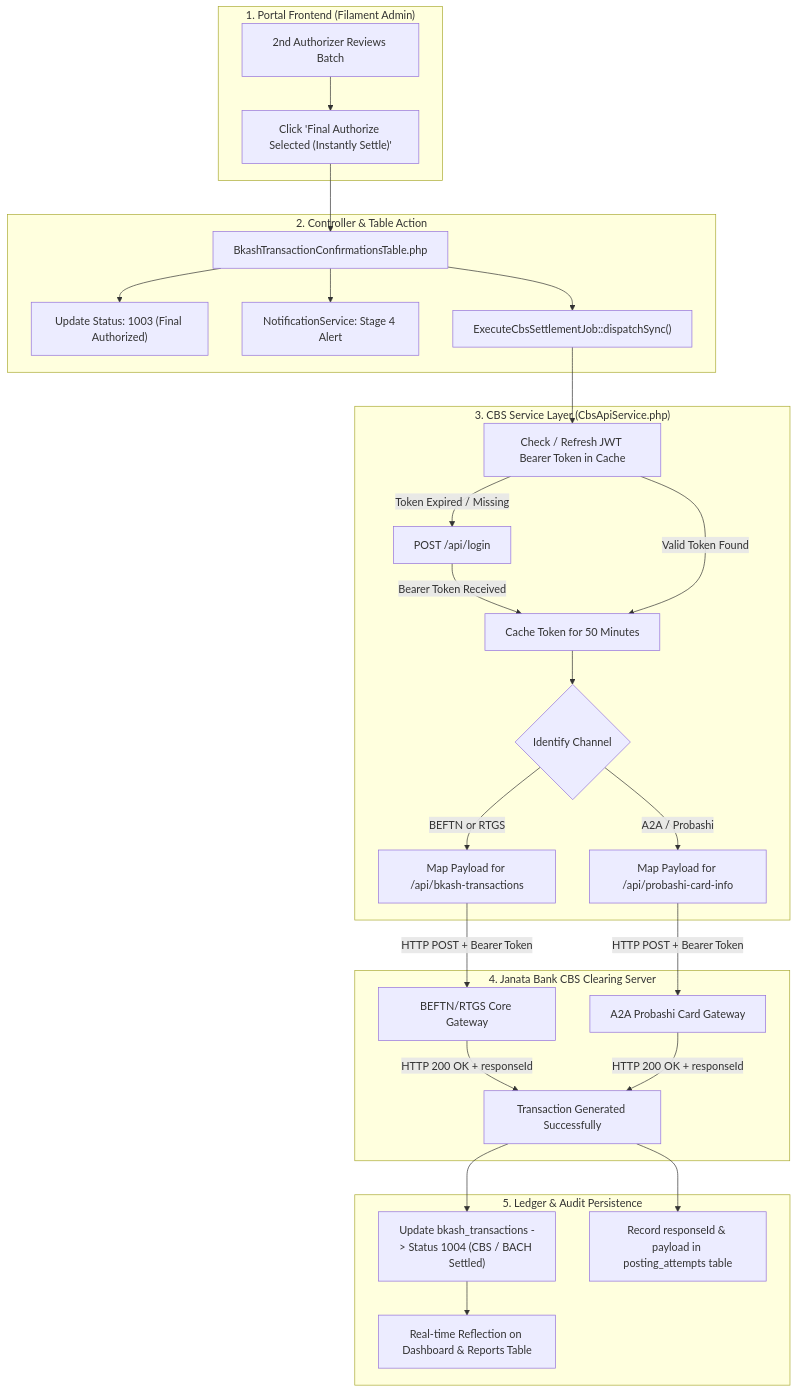
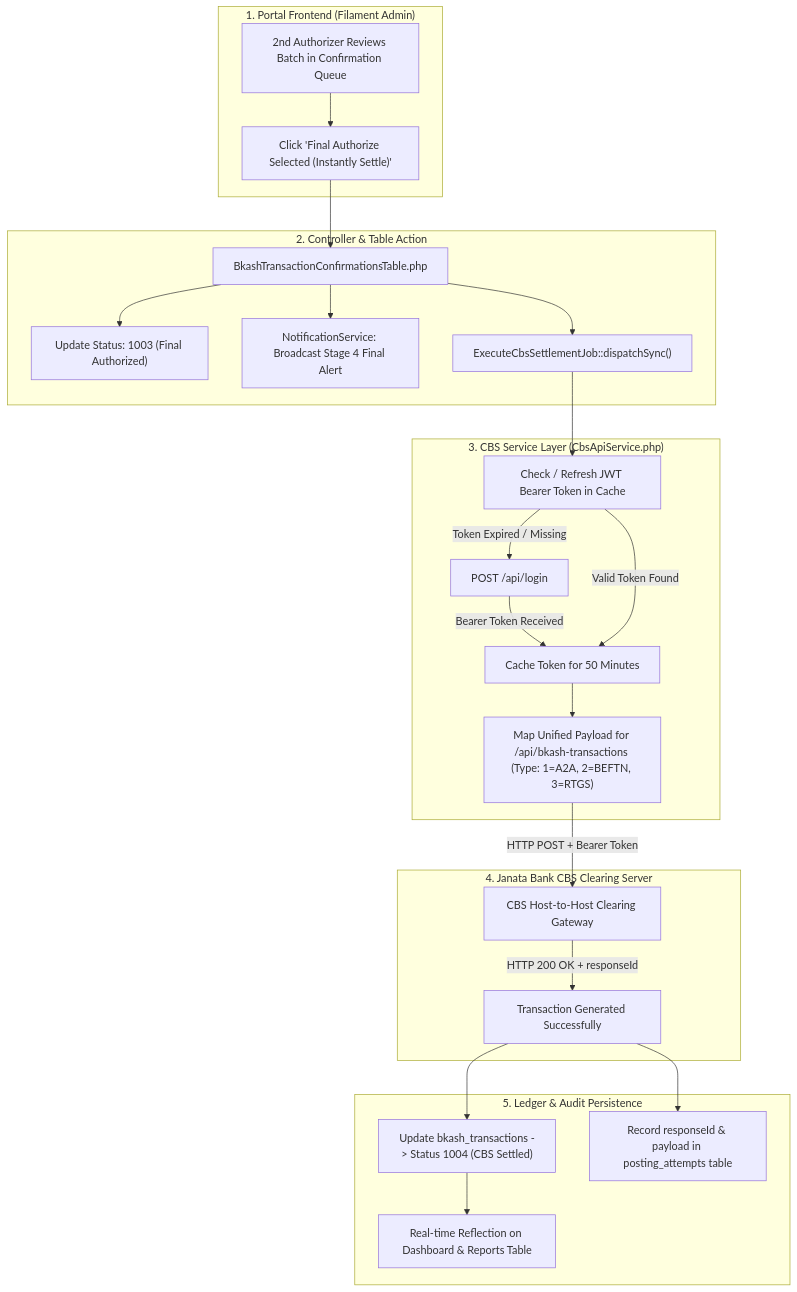
One commit to syedarifulislamemon2010/jb-corporate---bkash changed the diagram in README.md. Above: the diagram before and after it, drawn with Mermaid. The commit also changed other lines of this file and 2 other files, not shown here.

Commit message:
Synchronize README with current system architecture

````diff
--- a/README.md
+++ b/README.md
@@ -31,35 +33,32 @@
 ```mermaid
 flowchart TD
     subgraph UI ["1. Portal Frontend (Filament Admin)"]
-        A["2nd Authorizer Reviews Batch"] --> B["Click 'Final Authorize Selected (Instantly Settle)'"]
+        A["2nd Authorizer Reviews Batch in Confirmation Queue"] --> B["Click 'Final Authorize Selected (Instantly Settle)'"]
     end
 
     subgraph Controller ["2. Controller & Table Action"]
         B --> C["BkashTransactionConfirmationsTable.php"]
         C --> D["Update Status: 1003 (Final Authorized)"]
-        C --> E["NotificationService: Stage 4 Alert"]
+        C --> E["NotificationService: Broadcast Stage 4 Final Alert"]
         C --> F["ExecuteCbsSettlementJob::dispatchSync()"]
     end
 
     subgraph Service ["3. CBS Service Layer (CbsApiService.php)"]
         F --> G["Check / Refresh JWT Bearer Token in Cache"]
         G -->|Token Expired / Missing| H["POST /api/login"]
         H -->|Bearer Token Received| I["Cache Token for 50 Minutes"]
         G -->|Valid Token Found| I
-        I --> J{"Identify Channel"}
-        J -->|BEFTN or RTGS| K["Map Payload for /api/bkash-transactions"]
-        J -->|A2A / Probashi| L["Map Payload for /api/probashi-card-info"]
+        I --> J["Map Unified Payload for /api/bkash-transactions (Type: 1=A2A, 2=BEFTN, 3=RTGS)"]
     end
 
     subgraph BankServer ["4. Janata Bank CBS Clearing Server"]
-        K -->|HTTP POST + Bearer Token| M["BEFTN/RTGS Core Gateway"]
-        L -->|HTTP POST + Bearer Token| N["A2A Probashi Card Gateway"]
-        M & N -->|HTTP 200 OK + responseId| O["Transaction Generated Successfully"]
+        J -->|HTTP POST + Bearer Token| K["CBS Host-to-Host Clearing Gateway"]
+        K -->|HTTP 200 OK + responseId| L["Transaction Generated Successfully"]
     end
 
     subgraph Database ["5. Ledger & Audit Persistence"]
-        O --> P["Update bkash_transactions -> Status 1004 (CBS / BACH Settled)"]
-        O --> Q["Record responseId & payload in posting_attempts table"]
-        P --> R["Real-time Reflection on Dashboard & Reports Table"]
+        L --> M["Update bkash_transactions -> Status 1004 (CBS Settled)"]
+        L --> N["Record responseId & payload in posting_attempts table"]
+        M --> O["Real-time Reflection on Dashboard & Reports Table"]
     end
 ```
````
